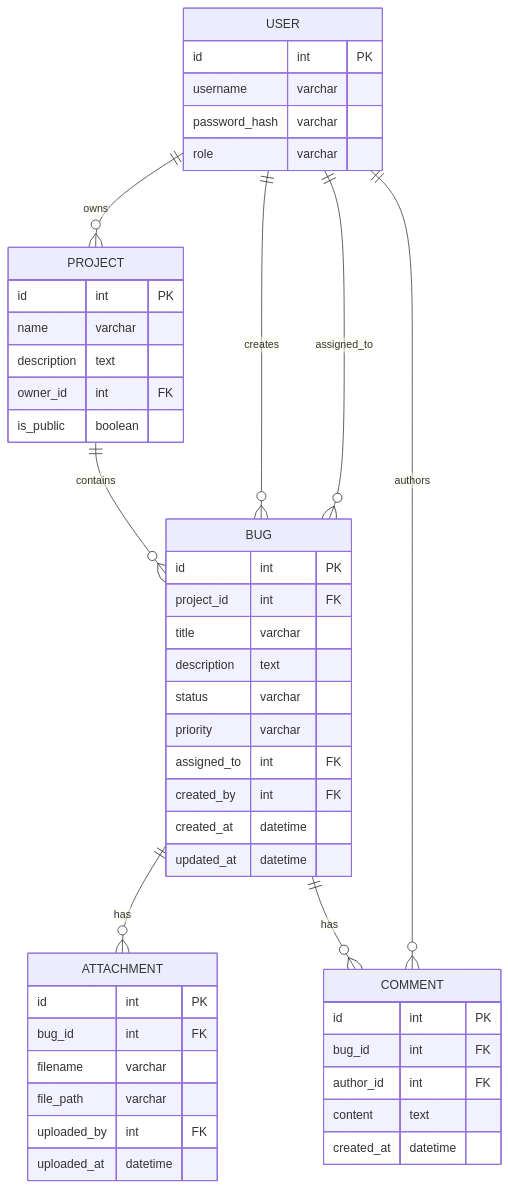
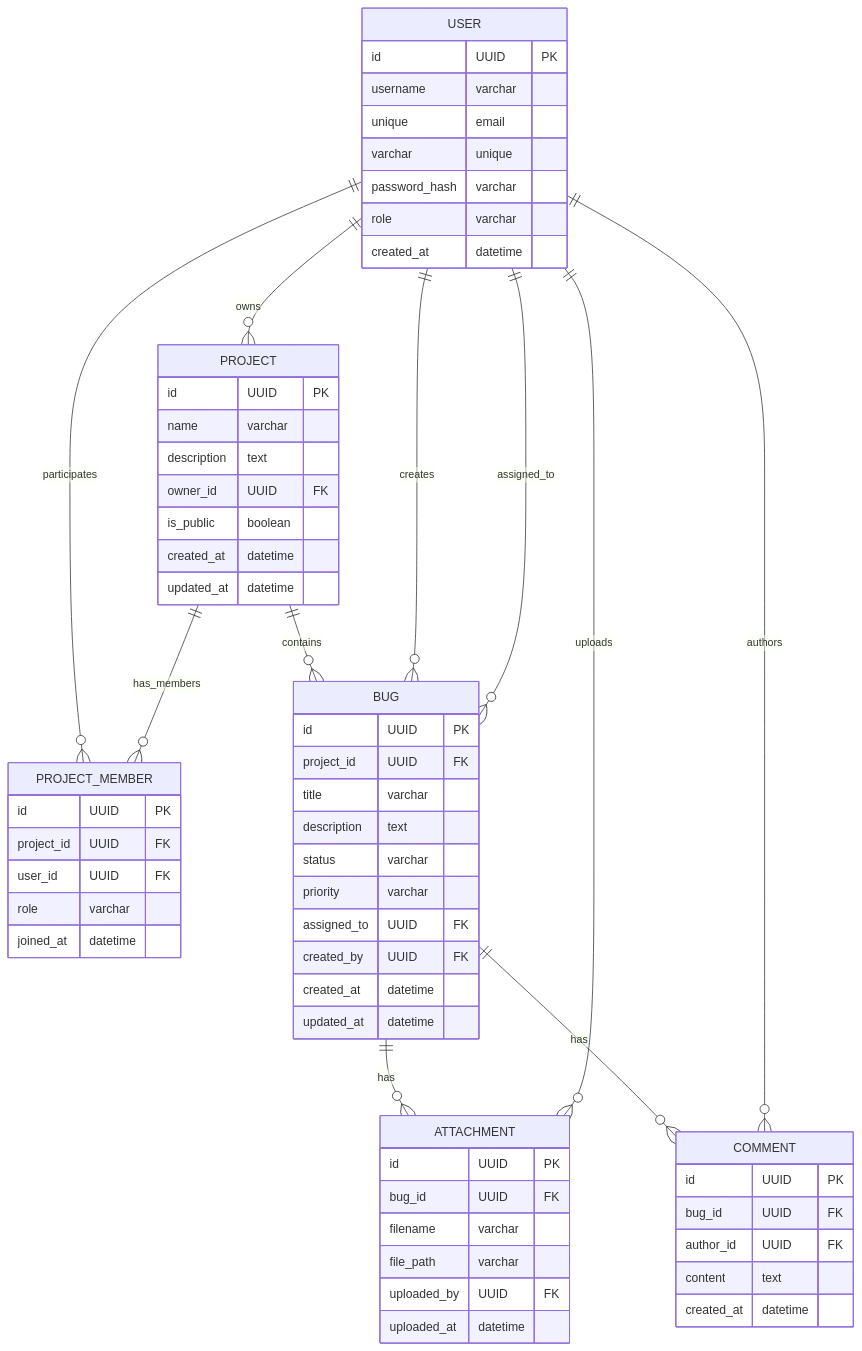
One commit to Anton777kozlovich/WT-AC-2025-CourseWorks changed the diagram in students/KozlovichAnton/task_01/R1_ERD.md. Above: the diagram before and after it, drawn with Mermaid. The commit also changed other lines of this file and 6 other files, not shown here.

````diff
--- a/students/KozlovichAnton/task_01/R1_ERD.md
+++ b/students/KozlovichAnton/task_01/R1_ERD.md
@@ -7,51 +7,65 @@
 ```mermaid
 erDiagram
-  USER ||--o{ PROJECT : owns
-  PROJECT ||--o{ BUG : contains
-  USER ||--o{ BUG : creates
-  USER ||--o{ BUG : assigned_to
-  BUG ||--o{ ATTACHMENT : has
-  BUG ||--o{ COMMENT : has
-  USER ||--o{ COMMENT : authors
+		USER ||--o{ PROJECT : owns
+		USER ||--o{ PROJECT_MEMBER : participates
+		PROJECT ||--o{ PROJECT_MEMBER : has_members
+		PROJECT ||--o{ BUG : contains
+		USER ||--o{ BUG : creates
+		USER ||--o{ BUG : assigned_to
+		BUG ||--o{ ATTACHMENT : has
+		BUG ||--o{ COMMENT : has
+		USER ||--o{ COMMENT : authors
+		USER ||--o{ ATTACHMENT : uploads
 
-  USER {
-   id int PK
-   username varchar
-   password_hash varchar
-   role varchar
-  }
-  PROJECT {
-   id int PK
-   name varchar
-   description text
-   owner_id int FK
-   is_public boolean
-  }
-  BUG {
-   id int PK
-   project_id int FK
-   title varchar
-   description text
-   status varchar
-   priority varchar
-   assigned_to int FK
-   created_by int FK
-   created_at datetime
-   updated_at datetime
-  }
-  ATTACHMENT {
-   id int PK
-   bug_id int FK
-   filename varchar
-   file_path varchar
-   uploaded_by int FK
-   uploaded_at datetime
-  }
-  COMMENT {
-   id int PK
-   bug_id int FK
-   author_id int FK
-   content text
-   created_at datetime
-  }
+		USER {
+			id UUID PK
+			username varchar unique
+			email varchar unique
+			password_hash varchar
+			role varchar
+			created_at datetime
+		}
+		PROJECT {
+			id UUID PK
+			name varchar
+			description text
+			owner_id UUID FK
+			is_public boolean
+			created_at datetime
+			updated_at datetime
+		}
+		PROJECT_MEMBER {
+			id UUID PK
+			project_id UUID FK
+			user_id UUID FK
+			role varchar
+			joined_at datetime
+		}
+		BUG {
+			id UUID PK
+			project_id UUID FK
+			title varchar
+			description text
+			status varchar
+			priority varchar
+			assigned_to UUID FK
+			created_by UUID FK
+			created_at datetime
+			updated_at datetime
+		}
+		ATTACHMENT {
+			id UUID PK
+			bug_id UUID FK
+			filename varchar
+			file_path varchar
+			uploaded_by UUID FK
+			uploaded_at datetime
+		}
+		COMMENT {
+			id UUID PK
+			bug_id UUID FK
+			author_id UUID FK
+			content text
+			created_at datetime
+		}
 ```
````
